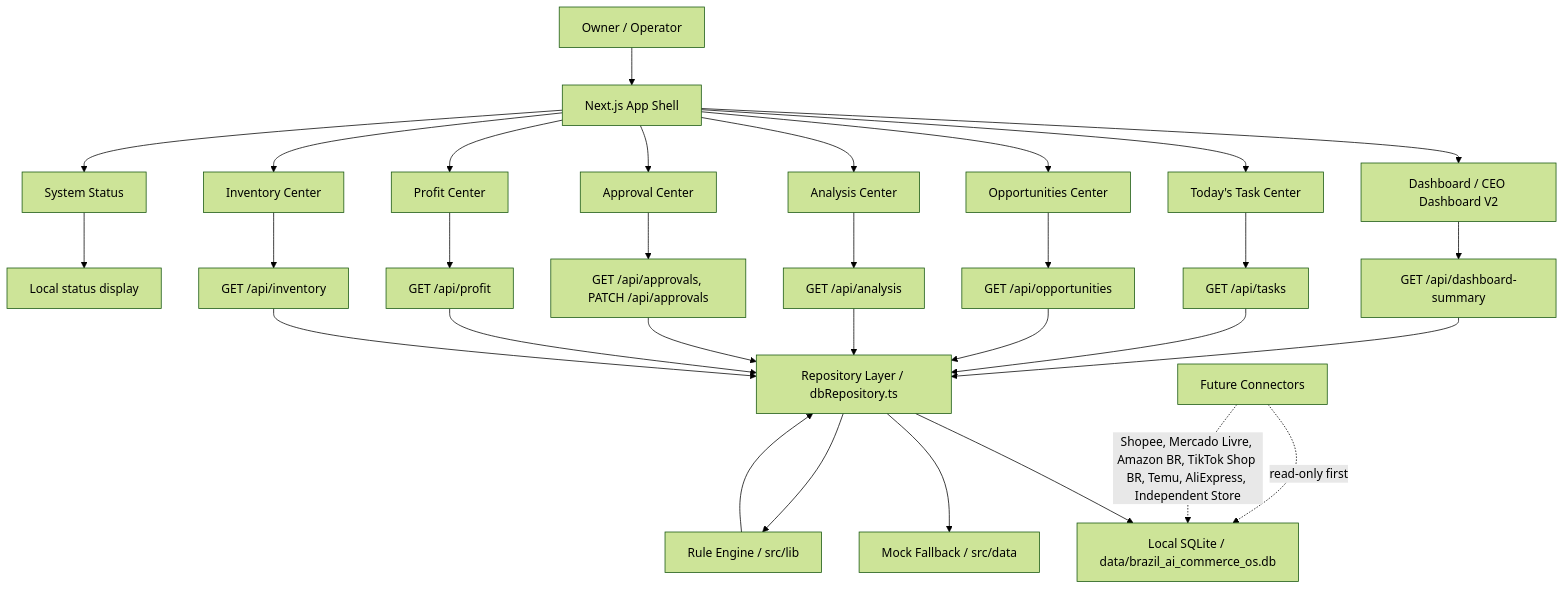
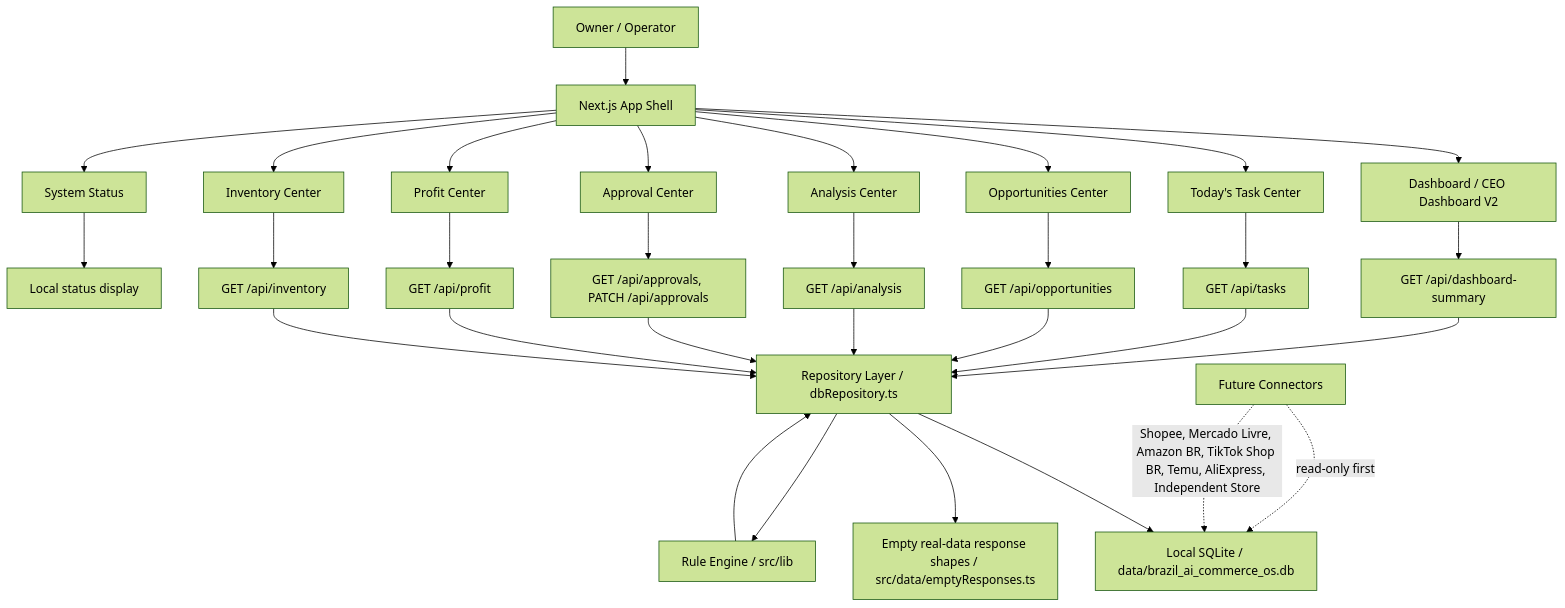
The first of 3 diagrams in project-docs/SYSTEM_ARCHITECTURE.md (021016ltc-commits/brazil-ai-commerce-os-web), drawn with Mermaid (forest theme) before and after one commit. The commit also changed other lines of this file and 56 other files, not shown here.

Commit message:
enforce real data mode and page standards

````diff
--- a/project-docs/SYSTEM_ARCHITECTURE.md
+++ b/project-docs/SYSTEM_ARCHITECTURE.md
@@ -13,39 +13,39 @@
 ```mermaid
 flowchart TD
   User["Owner / Operator"] --> AppShell["Next.js App Shell"]
 
   AppShell --> Dashboard["Dashboard / CEO Dashboard V2"]
   AppShell --> Tasks["Today's Task Center"]
   AppShell --> Opportunities["Opportunities Center"]
   AppShell --> Analysis["Analysis Center"]
   AppShell --> Approvals["Approval Center"]
   AppShell --> Profit["Profit Center"]
   AppShell --> Inventory["Inventory Center"]
   AppShell --> System["System Status"]
 
   Dashboard --> DashboardAPI["GET /api/dashboard-summary"]
   Tasks --> TasksAPI["GET /api/tasks"]
   Opportunities --> OpportunitiesAPI["GET /api/opportunities"]
   Analysis --> AnalysisAPI["GET /api/analysis"]
   Approvals --> ApprovalsAPI["GET /api/approvals, PATCH /api/approvals"]
   Profit --> ProfitAPI["GET /api/profit"]
   Inventory --> InventoryAPI["GET /api/inventory"]
   System --> SystemData["Local status display"]
 
   DashboardAPI --> Repository["Repository Layer / dbRepository.ts"]
   TasksAPI --> Repository
   OpportunitiesAPI --> Repository
   AnalysisAPI --> Repository
   ApprovalsAPI --> Repository
   ProfitAPI --> Repository
   InventoryAPI --> Repository
 
   Repository --> SQLite["Local SQLite / data/brazil_ai_commerce_os.db"]
-  Repository --> MockFallback["Mock Fallback / src/data"]
+  Repository --> EmptyState["Empty real-data response shapes / src/data/emptyResponses.ts"]
 
   Connectors["Future Connectors"] -. read-only first .-> SQLite
   Connectors -. "Shopee, Mercado Livre, Amazon BR, TikTok Shop BR, Temu, AliExpress, Independent Store" .-> SQLite
 
   Rules["Rule Engine / src/lib"] --> Repository
   Repository --> Rules
 ```
````
